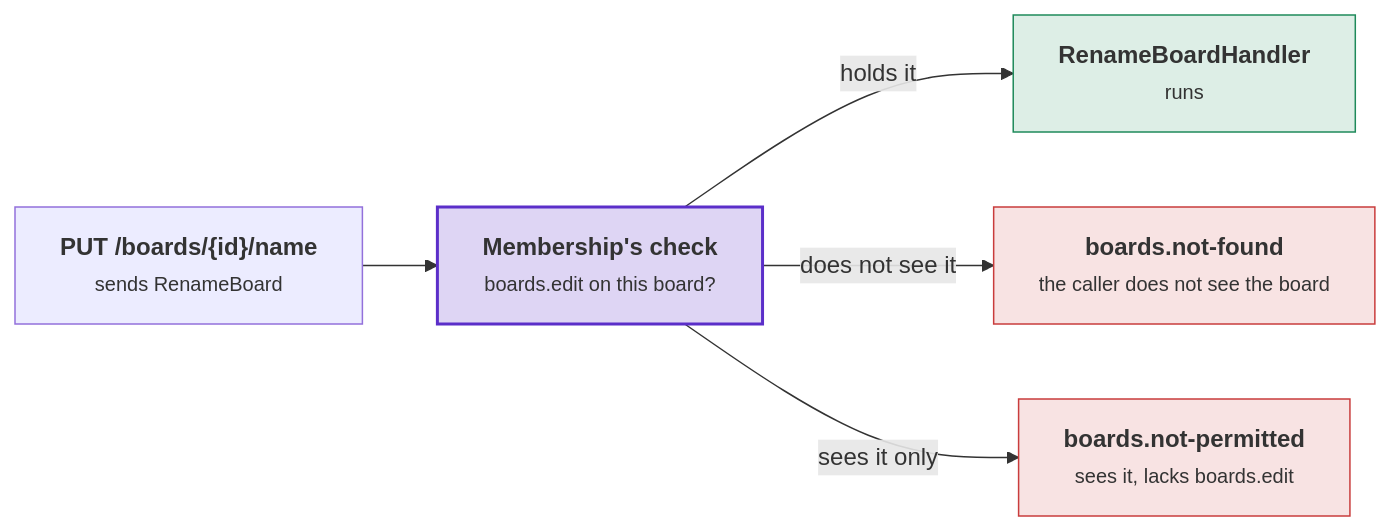
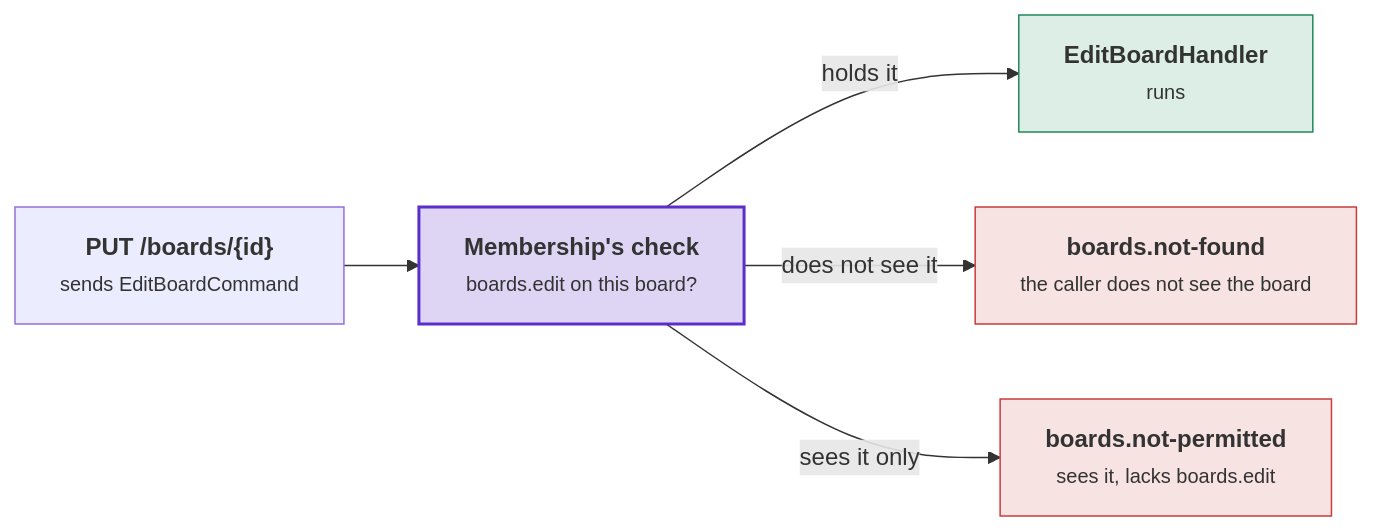
Before and after one commit to DylanSnel/DDDToolkit: the second of 2 diagrams in docs/membership/tutorial.md, drawn with Mermaid. The commit also changed other lines of this file and 27 other files, not shown here.

````diff
--- a/docs/membership/tutorial.md
+++ b/docs/membership/tutorial.md
@@ -915,18 +918,18 @@
 ```mermaid
 flowchart LR
-    route["<b>PUT /boards/{id}/name</b><br/><small>sends RenameBoard</small>"]
+    route["<b>PUT /boards/{id}</b><br/><small>sends EditBoardCommand</small>"]
     check["<b>Membership's check</b><br/><small>boards.edit on this board?</small>"]
-    handler["<b>RenameBoardHandler</b><br/><small>runs</small>"]
+    handler["<b>EditBoardHandler</b><br/><small>runs</small>"]
     hidden["<b>boards.not-found</b><br/><small>the caller does not see the board</small>"]
     lacks["<b>boards.not-permitted</b><br/><small>sees it, lacks boards.edit</small>"]
     route --> check
     check -- holds it --> handler
     check -- does not see it --> hidden
     check -- sees it only --> lacks
     classDef strong fill:#5b2ec933,stroke:#5b2ec9,stroke-width:2px
     classDef good fill:#1f8a5b26,stroke:#1f8a5b
     classDef bad fill:#c93c3c24,stroke:#c93c3c
     class check strong
     class handler good
     class hidden,lacks bad
 ```
````
